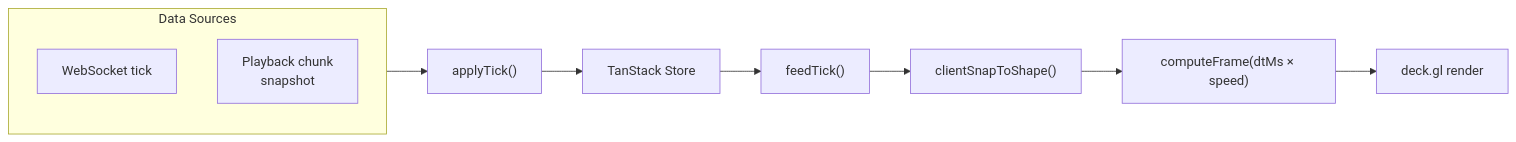
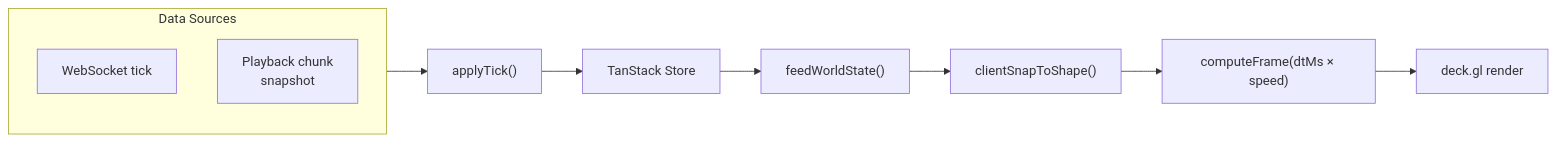
The sixth of 6 diagrams in docs/data-flow.md (tensorfish/mykimap-live), drawn with Mermaid before and after one commit. The commit also changed other lines of this file and 15 other files, not shown here.

````diff
--- a/docs/data-flow.md
+++ b/docs/data-flow.md
@@ -133,13 +133,13 @@
 ```mermaid
 flowchart LR
     subgraph SOURCES["Data Sources"]
         LIVE["WebSocket tick"]
         PLAY["Playback chunk\nsnapshot"]
     end
     SOURCES --> AT["applyTick()"]
     AT --> STORE["TanStack Store"]
-    STORE --> FT["feedTick()"]
+    STORE --> FT["feedWorldState()"]
     FT --> SNAP["clientSnapToShape()"]
     SNAP --> CF["computeFrame(dtMs × speed)"]
     CF --> RENDER["deck.gl render"]
 ```
````
